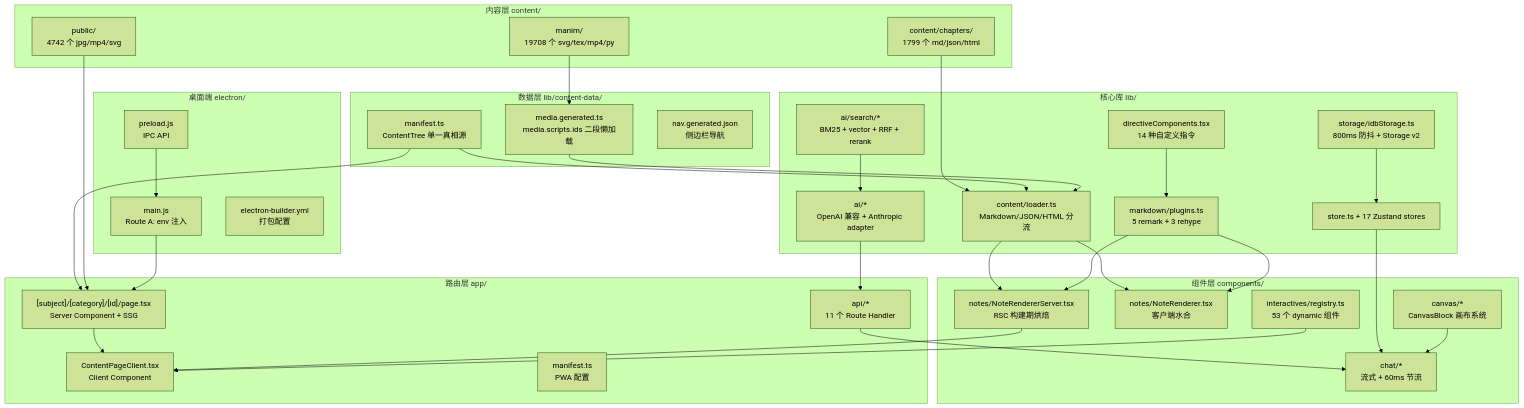
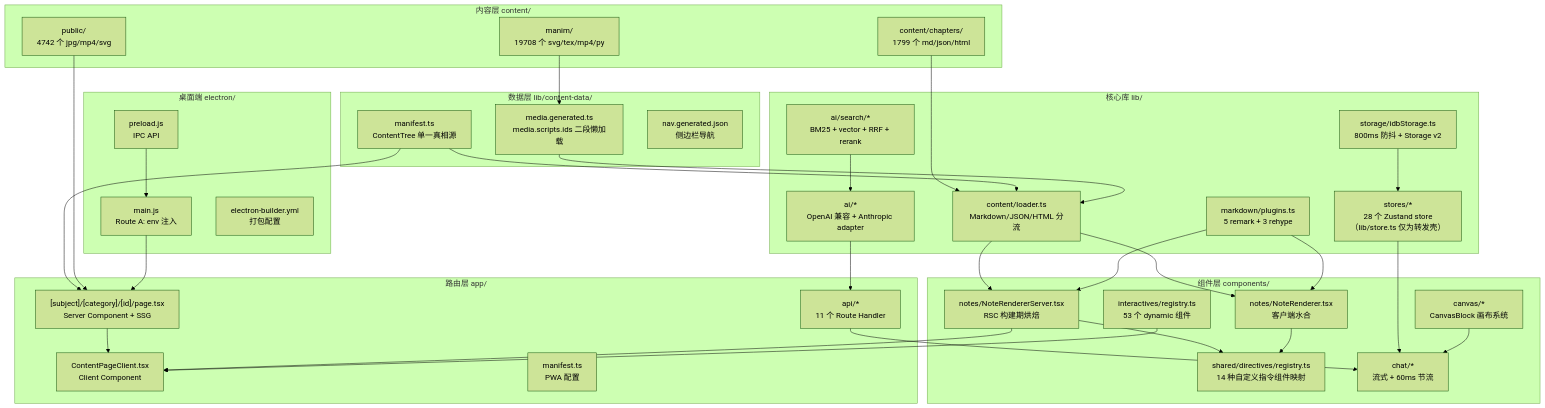
The first of 2 diagrams in docs/research/overview.md (AIMFllyYS/Notebook-MedFreshman), drawn with Mermaid (forest theme) before and after one commit. The commit also changed other lines of this file and 11 other files, not shown here.

````diff
--- a/docs/research/overview.md
+++ b/docs/research/overview.md
@@ -47,73 +49,74 @@
 ```mermaid
 graph TB
     subgraph "内容层 content/"
         CM["content/chapters/<br/>1799 个 md/json/html"]
         MM["manim/<br/>19708 个 svg/tex/mp4/py"]
         PM["public/<br/>4742 个 jpg/mp4/svg"]
     end
 
     subgraph "数据层 lib/content-data/"
         MFT["manifest.ts<br/>ContentTree 单一真相源"]
         MGEN["media.generated.ts<br/>media.scripts.ids 二段懒加载"]
         NAV["nav.generated.json<br/>侧边栏导航"]
     end
 
     subgraph "核心库 lib/"
         LDR["content/loader.ts<br/>Markdown/JSON/HTML 分流"]
         LMR["markdown/plugins.ts<br/>5 remark + 3 rehype"]
-        LDC["directiveComponents.tsx<br/>14 种自定义指令"]
         LIDB["storage/idbStorage.ts<br/>800ms 防抖 + Storage v2"]
-        LZST["store.ts + 17 Zustand stores"]
+        LZST["stores/*<br/>28 个 Zustand store（lib/store.ts 仅为转发壳）"]
         LAI["ai/*<br/>OpenAI 兼容 + Anthropic adapter"]
         LSR["ai/search/*<br/>BM25 + vector + RRF + rerank"]
     end
 
     subgraph "组件层 components/"
         CRS["notes/NoteRendererServer.tsx<br/>RSC 构建期烘焙"]
         CRC["notes/NoteRenderer.tsx<br/>客户端水合"]
+        LDC["shared/directives/registry.ts<br/>14 种自定义指令组件映射"]
         CIN["interactives/registry.ts<br/>53 个 dynamic 组件"]
         CCH["chat/*<br/>流式 + 60ms 节流"]
         CCB["canvas/*<br/>CanvasBlock 画布系统"]
     end
 
     subgraph "路由层 app/"
         ASC["[subject]/[category]/[id]/page.tsx<br/>Server Component + SSG"]
         ACC["ContentPageClient.tsx<br/>Client Component"]
         AAPI["api/*<br/>11 个 Route Handler"]
         AMF["manifest.ts<br/>PWA 配置"]
     end
 
     subgraph "桌面端 electron/"
         EML["main.js<br/>Route A: env 注入"]
         EPL["preload.js<br/>IPC API"]
         EBL["electron-builder.yml<br/>打包配置"]
     end
 
     CM --> LDR
     LDR --> CRS
     LDR --> CRC
     MFT --> LDR
     MFT --> ASC
     MM --> MGEN
     MGEN --> LDR
     PM --> ASC
 
     LMR --> CRS
     LMR --> CRC
-    LDC --> LMR
+    CRS --> LDC
+    CRC --> LDC
 
     ASC --> ACC
     CRS --> ACC
 
     LIDB --> LZST
     LZST --> CCH
     LAI --> AAPI
     AAPI --> CCH
     LSR --> LAI
 
     CIN --> ACC
     CCB --> CCH
 
     EML --> ASC
     EPL --> EML
 ```
````
